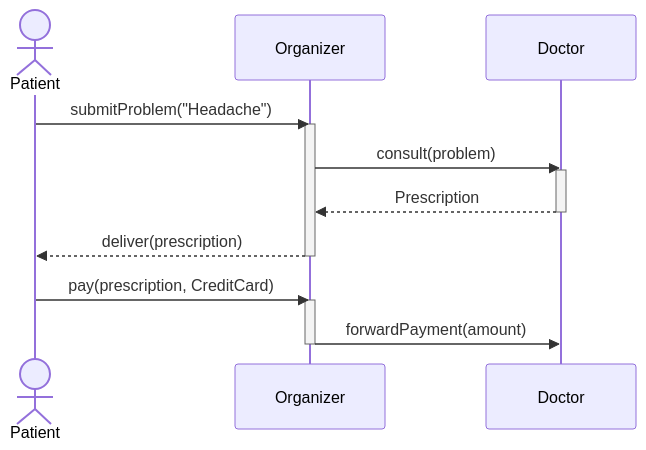
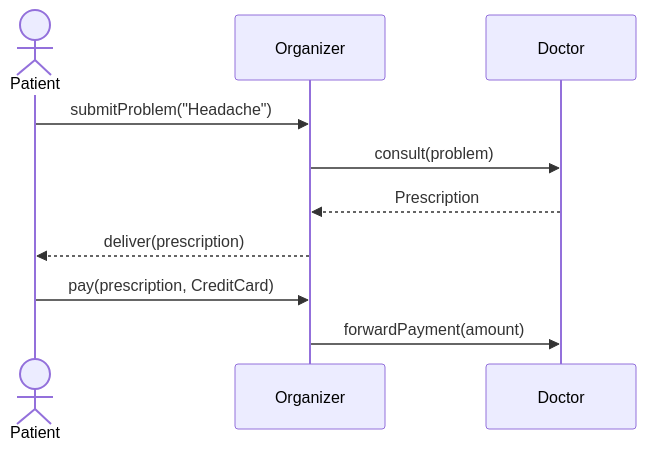
The third of 7 diagrams in 04-uml/hospital/README.md (mathislepoutre1/oop-python-exercises), drawn with Mermaid before and after one commit. The commit also changed other lines of this file and 8 other files, not shown here.

````diff
--- a/04-uml/hospital/README.md
+++ b/04-uml/hospital/README.md
@@ -106,18 +103,12 @@
 ```mermaid
 sequenceDiagram
     actor P as Patient
     participant O as Organizer
     participant D as Doctor
     P->>O: submitProblem("Headache")
-    activate O
     O->>D: consult(problem)
-    activate D
     D-->>O: Prescription
-    deactivate D
     O-->>P: deliver(prescription)
-    deactivate O
     P->>O: pay(prescription, CreditCard)
-    activate O
     O->>D: forwardPayment(amount)
-    deactivate O
 ```
````
